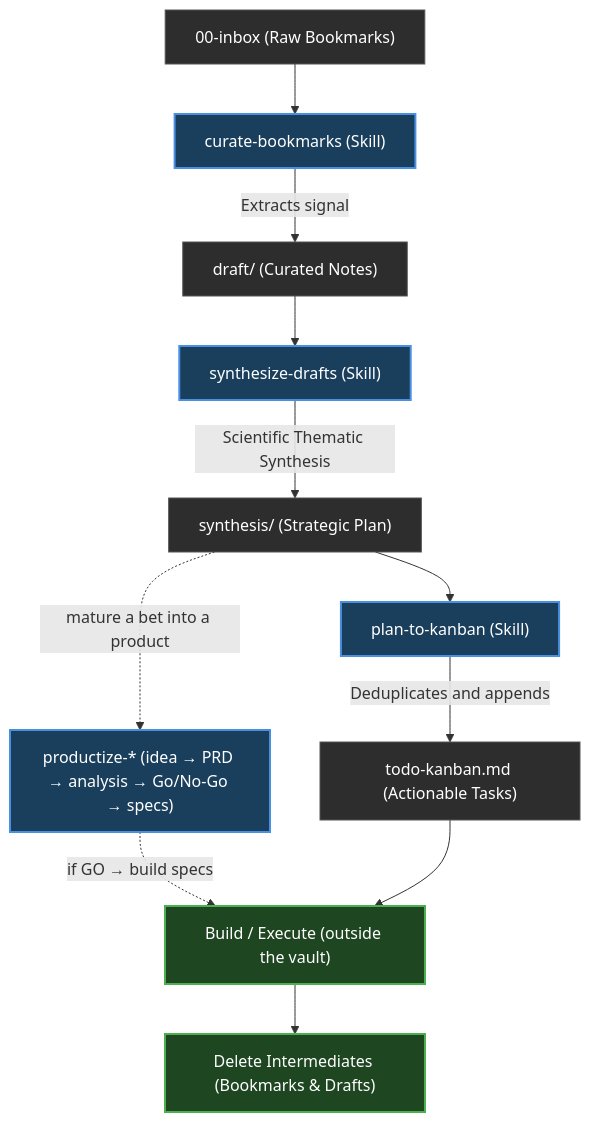
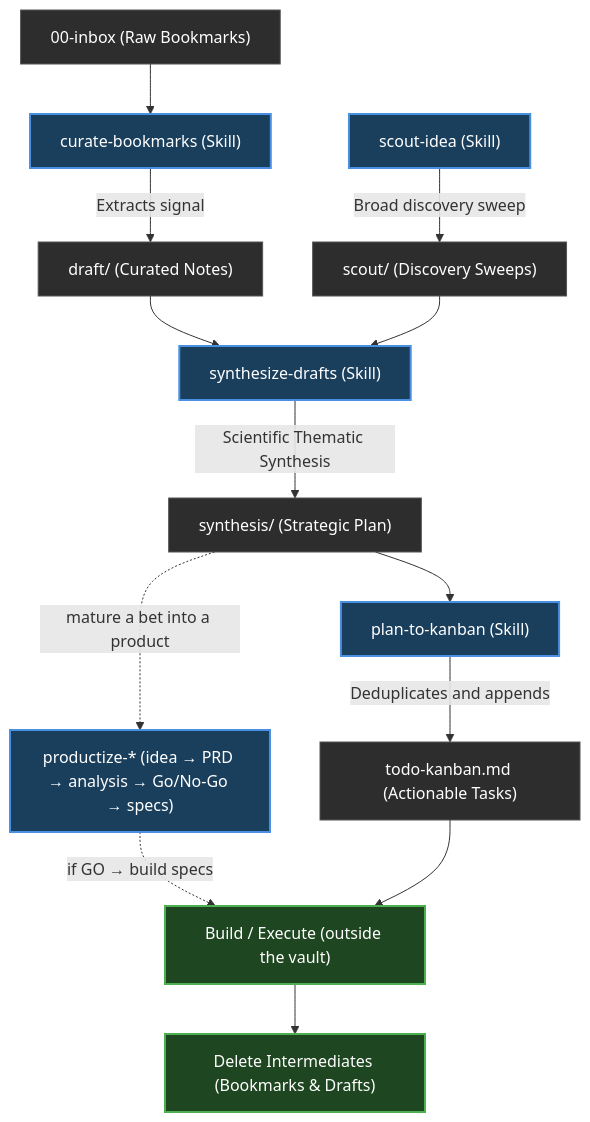
One commit to ibrahimkobeissy/ai-second-brain-template changed the diagram in vault/99-system/documentation/second-brain-operating-system.md. Above: the diagram before and after it, drawn with Mermaid. The commit also changed other lines of this file and 11 other files, not shown here.

````diff
--- a/vault/99-system/documentation/second-brain-operating-system.md
+++ b/vault/99-system/documentation/second-brain-operating-system.md
@@ -27,34 +52,38 @@
 ```mermaid
 flowchart TD
     %% Nodes
     Inbox["00-inbox (Raw Bookmarks)"]
     Curate["curate-bookmarks (Skill)"]
     Draft["draft/ (Curated Notes)"]
+    ScoutSkill["scout-idea (Skill)"]
+    Scout["scout/ (Discovery Sweeps)"]
     Synthesize["synthesize-drafts (Skill)"]
     Plan["synthesis/ (Strategic Plan)"]
     Extract["plan-to-kanban (Skill)"]
     Kanban["todo-kanban.md (Actionable Tasks)"]
     Productize["productize-* (idea → PRD → analysis → Go/No-Go → specs)"]
     Execute["Build / Execute (outside the vault)"]
     Prune["Delete Intermediates (Bookmarks & Drafts)"]
     
     %% Flow
     Inbox --> Curate
     Curate -->|Extracts signal| Draft
+    ScoutSkill -->|Broad discovery sweep| Scout
     Draft --> Synthesize
+    Scout --> Synthesize
     Synthesize -->|Scientific Thematic Synthesis| Plan
     Plan --> Extract
     Extract -->|Deduplicates and appends| Kanban
     Plan -.->|mature a bet into a product| Productize
     Productize -.->|if GO → build specs| Execute
     Kanban --> Execute
     Execute --> Prune
     
     classDef file fill:#2d2d2d,stroke:#555,stroke-width:1px,color:#fff
     classDef skill fill:#1a3f5c,stroke:#4a90e2,stroke-width:2px,color:#fff
     classDef action fill:#1e4620,stroke:#4caf50,stroke-width:2px,color:#fff
     
-    class Inbox,Draft,Plan,Kanban file
-    class Curate,Synthesize,Extract,Productize skill
+    class Inbox,Draft,Scout,Plan,Kanban file
+    class Curate,ScoutSkill,Synthesize,Extract,Productize skill
     class Execute,Prune action
 ```
````
